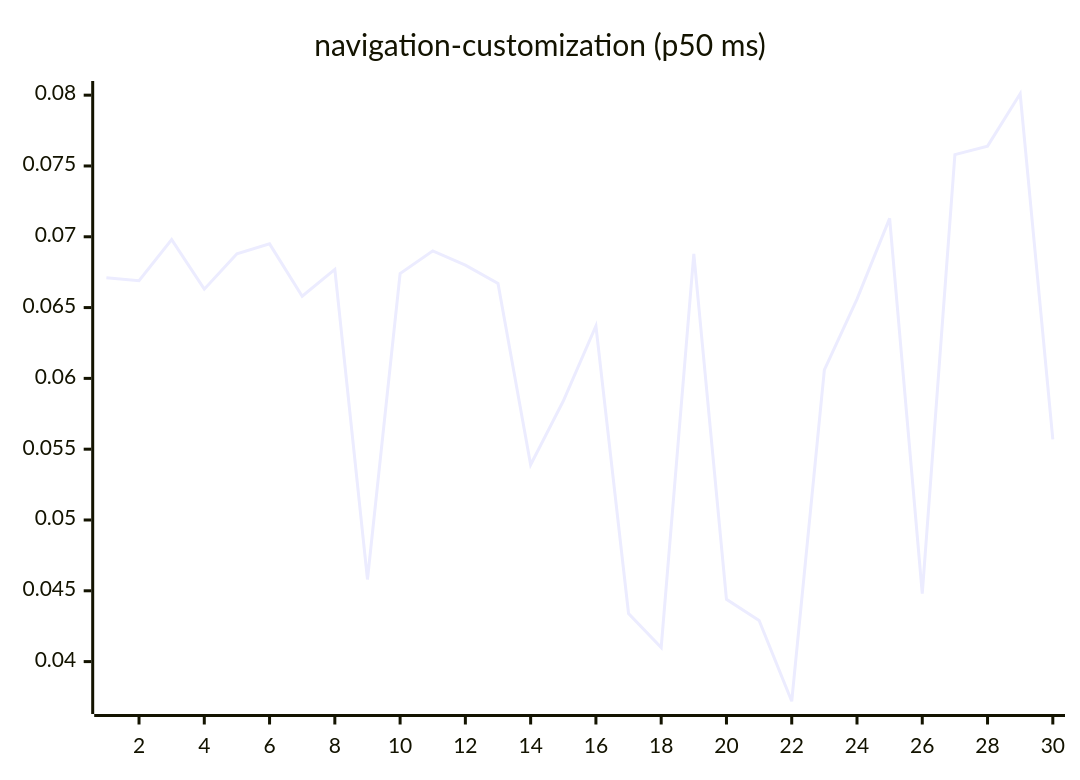
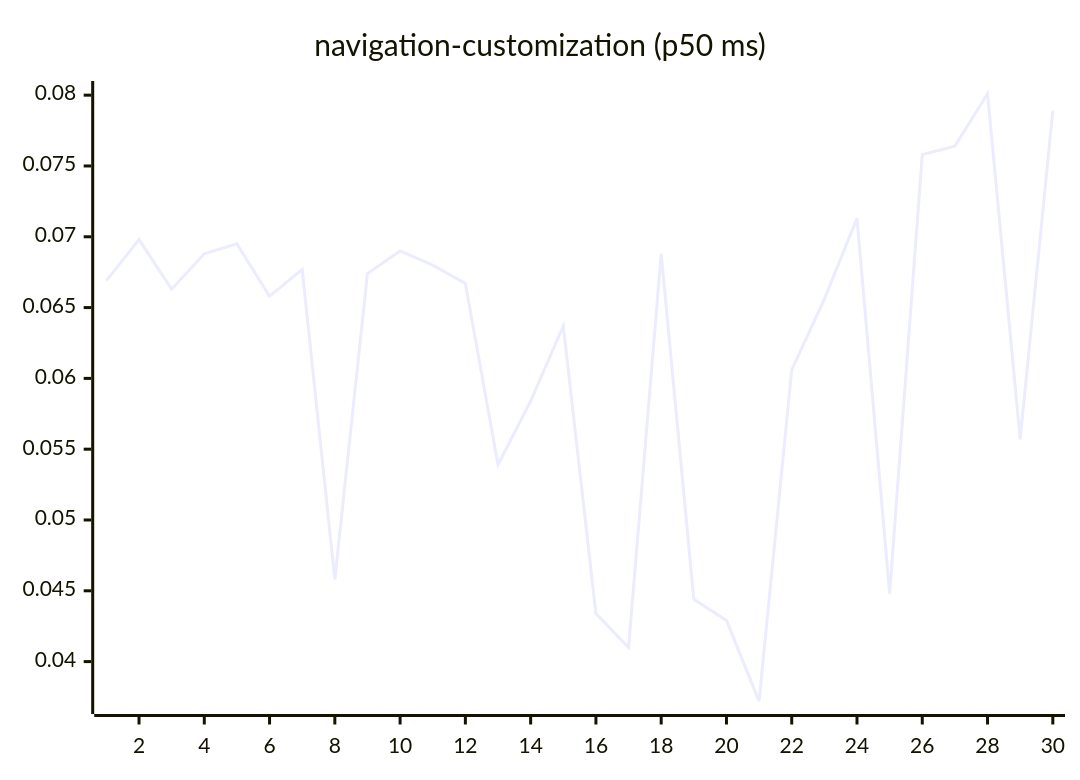
Diagram 15 of 27 in README.md (josha/Facet), drawn with Mermaid before and after one commit. The commit also changed other lines of this file and 2 other files, not shown here.

````diff
--- a/README.md
+++ b/README.md
@@ -161,6 +161,6 @@
 ```mermaid
 xychart-beta
     title "navigation-customization (p50 ms)"
     x-axis 1 --> 30
-    line [0.0671, 0.0669, 0.0698, 0.0663, 0.0688, 0.0695, 0.0658, 0.0677, 0.0458, 0.0674, 0.0690, 0.0680, 0.0667, 0.0539, 0.0584, 0.0637, 0.0434, 0.0410, 0.0688, 0.0444, 0.0429, 0.0372, 0.0606, 0.0656, 0.0713, 0.0448, 0.0758, 0.0764, 0.0801, 0.0557]
+    line [0.0669, 0.0698, 0.0663, 0.0688, 0.0695, 0.0658, 0.0677, 0.0458, 0.0674, 0.0690, 0.0680, 0.0667, 0.0539, 0.0584, 0.0637, 0.0434, 0.0410, 0.0688, 0.0444, 0.0429, 0.0372, 0.0606, 0.0656, 0.0713, 0.0448, 0.0758, 0.0764, 0.0801, 0.0557, 0.0789]
 ```
````
